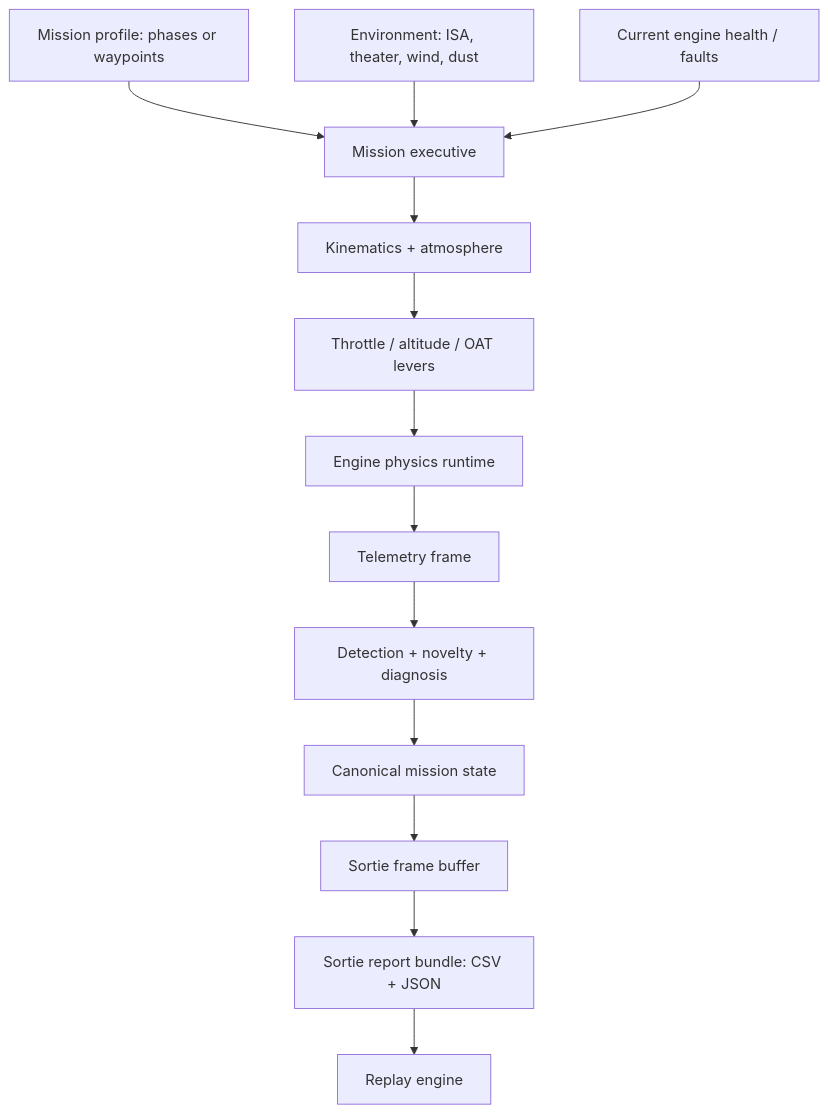
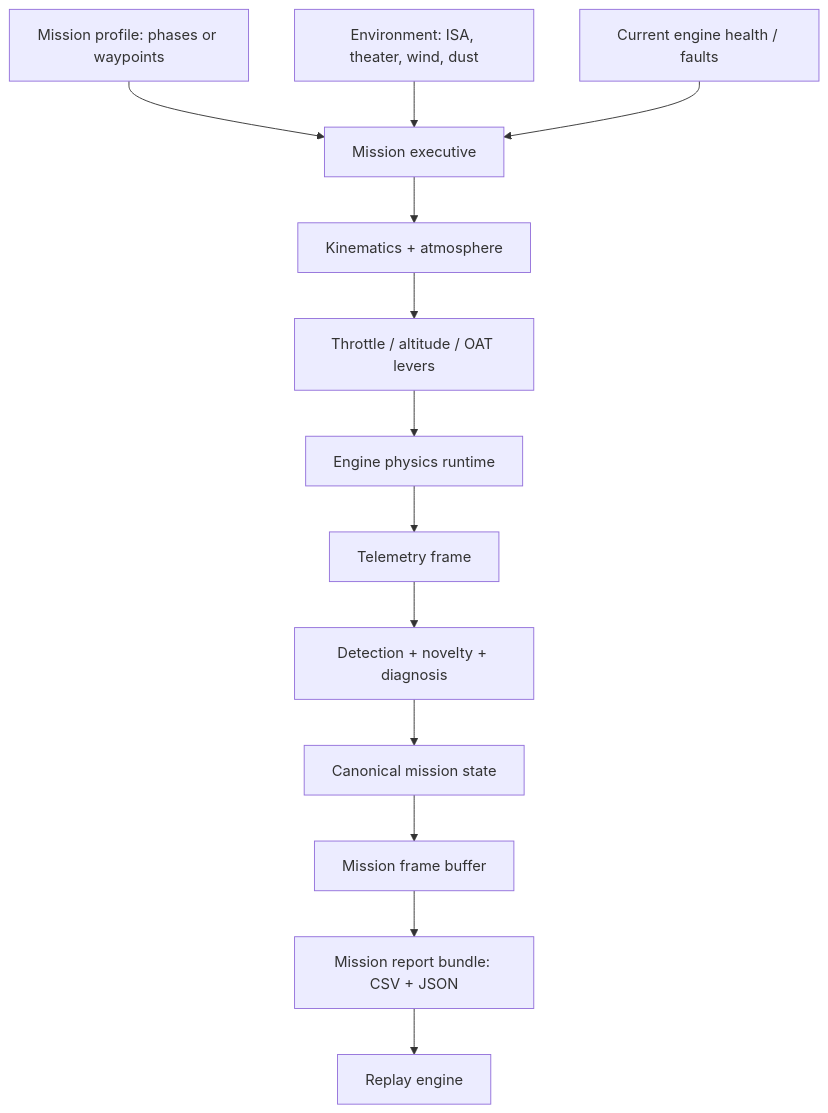
The diagram in docs_site/technical/16-mission-planning.md (Aayush-Deshpande/Maverick), drawn with Mermaid before and after one commit. The commit also changed other lines of this file and 23 other files, not shown here.

````diff
--- a/docs_site/technical/16-mission-planning.md
+++ b/docs_site/technical/16-mission-planning.md
@@ -59,20 +59,20 @@
 ```mermaid
 flowchart TB
     PROFILE["Mission profile: phases or waypoints"]
     ENV["Environment: ISA, theater, wind, dust"]
     HEALTH["Current engine health / faults"]
 
     PROFILE --> EXEC["Mission executive"]
     ENV --> EXEC
     HEALTH --> EXEC
 
     EXEC --> KIN["Kinematics + atmosphere"]
     KIN --> LEVERS["Throttle / altitude / OAT levers"]
     LEVERS --> RUNTIME["Engine physics runtime"]
     RUNTIME --> TELEM["Telemetry frame"]
     TELEM --> DETECT["Detection + novelty + diagnosis"]
     DETECT --> STATE["Canonical mission state"]
-    STATE --> RECORD["Sortie frame buffer"]
-    RECORD --> EXPORT["Sortie report bundle: CSV + JSON"]
+    STATE --> RECORD["Mission frame buffer"]
+    RECORD --> EXPORT["Mission report bundle: CSV + JSON"]
     EXPORT --> REPLAY["Replay engine"]
 ```
````
